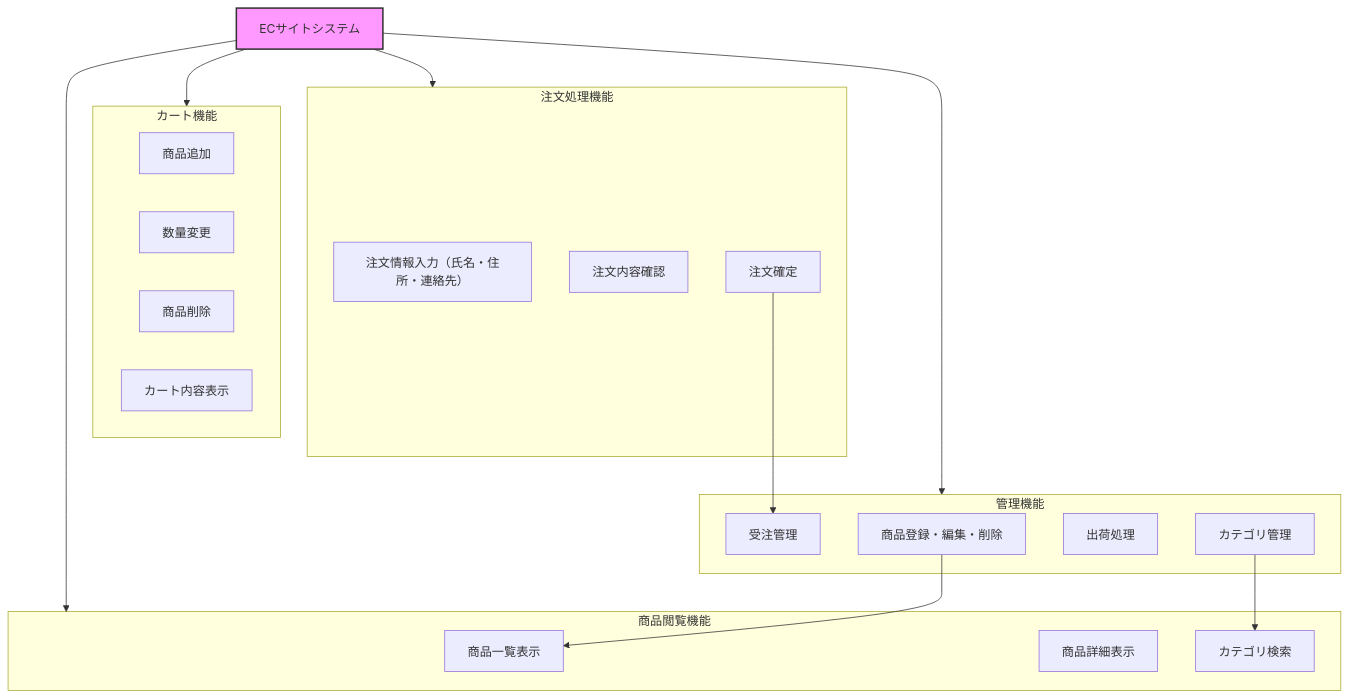
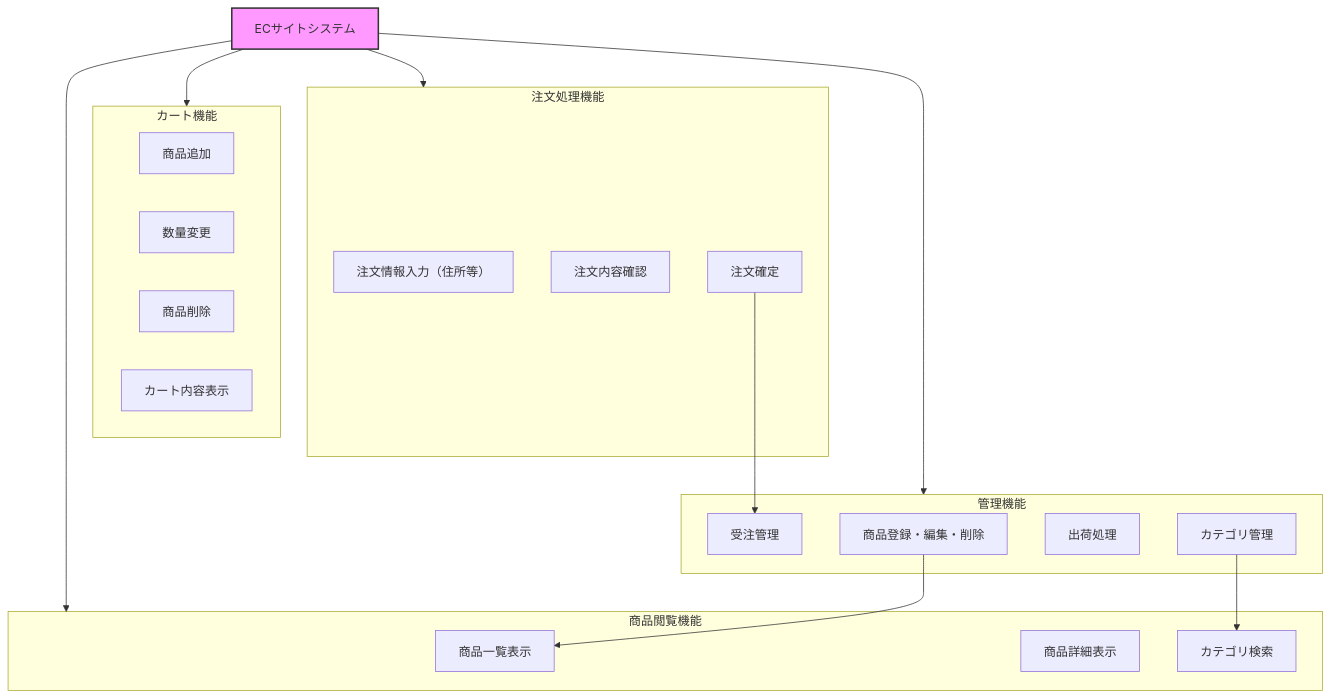
The second of 9 diagrams in 基本設計書/基本設計書.md (Rikumt12/Popcorn), drawn with Mermaid before and after one commit.

Commit message:
山下

````diff
--- a/基本設計書/基本設計書.md
+++ b/基本設計書/基本設計書.md
@@ -82,39 +82,39 @@
 ```mermaid
 graph TD
     A[ECサイトシステム] --> B(商品閲覧機能)
     A --> C(カート機能)
     A --> D(注文処理機能)
     A --> E(管理機能)
 
     subgraph B[商品閲覧機能]
         B1[商品一覧表示]
         B2[商品詳細表示]
         B3[カテゴリ検索]
     end
 
     subgraph C[カート機能]
         C1[商品追加]
         C2[数量変更]
         C3[商品削除]
         C4[カート内容表示]
     end
 
     subgraph D[注文処理機能]
-        D1[注文情報入力（氏名・住所・連絡先）]
+        D1[注文情報入力（住所等）]
         D2[注文内容確認]
         D3[注文確定]
     end
 
     subgraph E[管理機能]
         E1[商品登録・編集・削除]
         E2[受注管理]
         E3[出荷処理]
         E4[カテゴリ管理]
     end
 
     E1 --> B1
     D3 --> E2
     E4 --> B3
 
     style A fill:#f9f,stroke:#333,stroke-width:2px
 ```
````
